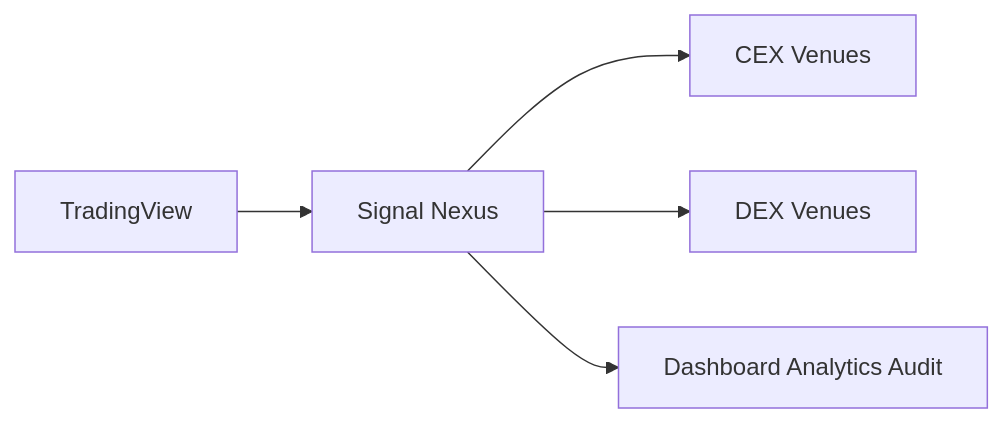
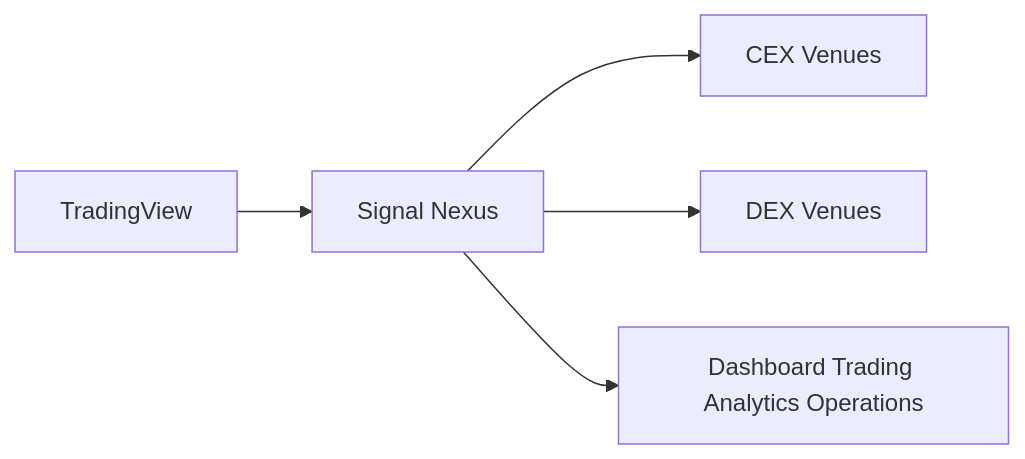
The diagram in README.md (SignalNexus/signal-nexus), drawn with Mermaid before and after one commit. The commit also changed other lines of this file and 9 other files, not shown here.

````diff
--- a/README.md
+++ b/README.md
@@ -35,13 +35,13 @@
 ```mermaid
 graph LR
     TV[TradingView]
     SN[Signal Nexus]
     CEX[CEX Venues]
     DEX[DEX Venues]
-    UI[Dashboard Analytics Audit]
+    UI[Dashboard Trading Analytics Operations]
 
     TV --> SN
     SN --> CEX
     SN --> DEX
     SN --> UI
 ```
````
